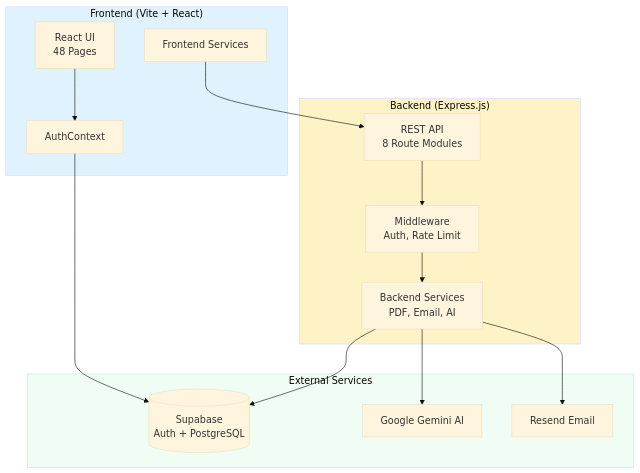
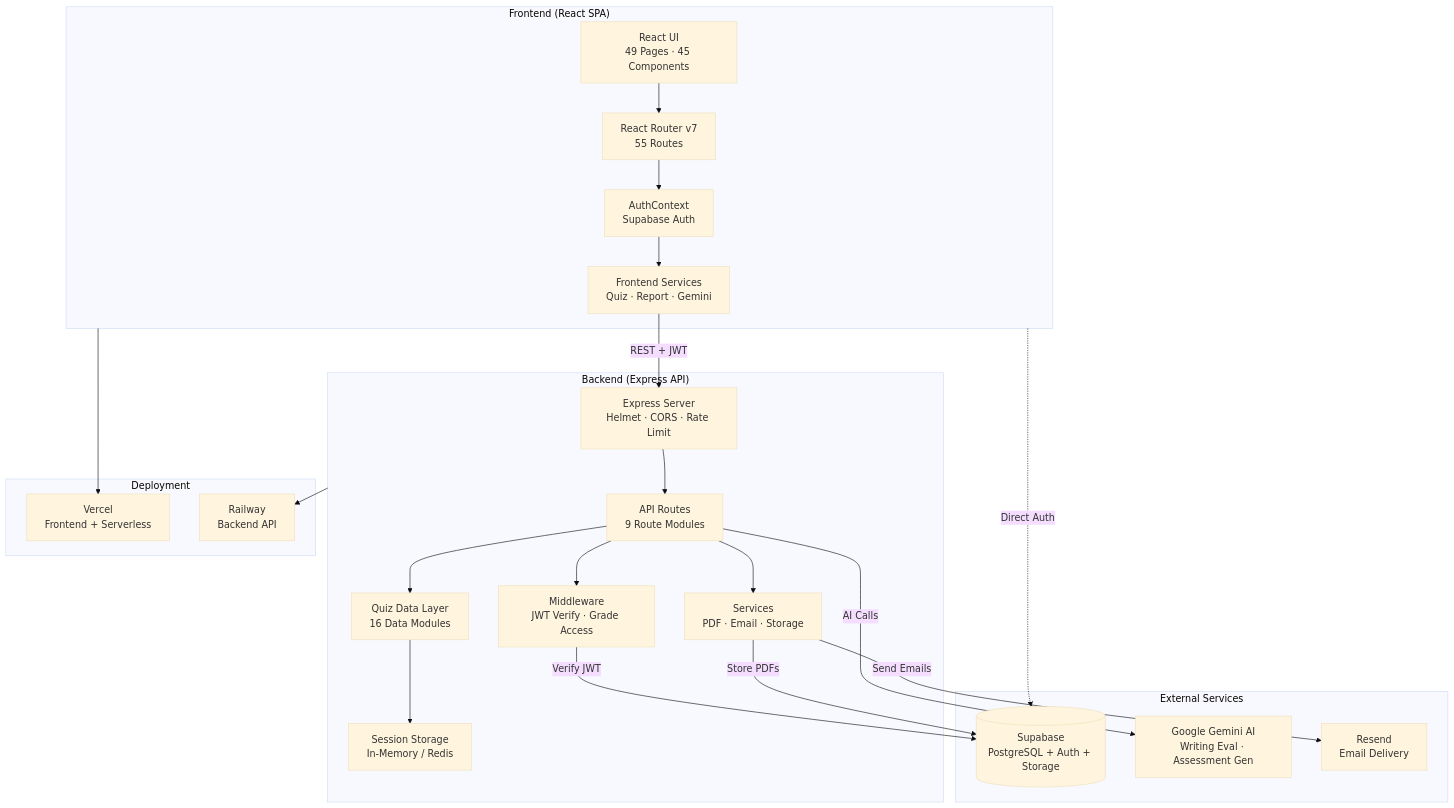
One commit to em-air/holistic-assessment-tool changed the first of 13 diagrams in OVERVIEW.md. Above: the diagram before and after it, drawn with Mermaid (base theme). The commit also changed other lines of this file and 1 other file, not shown here.

````diff
--- a/OVERVIEW.md
+++ b/OVERVIEW.md
@@ -39,33 +33,46 @@
 ```mermaid
 graph TB
-    subgraph Client["Frontend (Vite + React)"]
-        UI[React UI<br/>48 Pages]
-        Auth[AuthContext]
-        Services[Frontend Services]
+    subgraph Client["Frontend (React SPA)"]
+        UI[React UI<br/>49 Pages · 45 Components]
+        Router[React Router v7<br/>55 Routes]
+        Auth[AuthContext<br/>Supabase Auth]
+        Services[Frontend Services<br/>Quiz · Report · Gemini]
     end
-    
-    subgraph Server["Backend (Express.js)"]
-        API[REST API<br/>8 Route Modules]
-        MW[Middleware<br/>Auth, Rate Limit]
-        SVC[Backend Services<br/>PDF, Email, AI]
+
+    subgraph Backend["Backend (Express API)"]
+        API[Express Server<br/>Helmet · CORS · Rate Limit]
+        Routes[API Routes<br/>9 Route Modules]
+        MW[Middleware<br/>JWT Verify · Grade Access]
+        BServices[Services<br/>PDF · Email · Storage]
+        Data[Quiz Data Layer<br/>16 Data Modules]
+        Session[Session Storage<br/>In-Memory / Redis]
     end
-    
+
     subgraph External["External Services"]
-        SB[(Supabase<br/>Auth + PostgreSQL)]
-        Gemini[Google Gemini AI]
-        Resend[Resend Email]
+        Supabase[(Supabase<br/>PostgreSQL + Auth + Storage)]
+        Gemini[Google Gemini AI<br/>Writing Eval · Assessment Gen]
+        Resend[Resend<br/>Email Delivery]
     end
-    
-    UI --> Auth
-    Auth --> SB
-    Services --> API
-    API --> MW
-    MW --> SVC
-    SVC --> SB
-    SVC --> Gemini
-    SVC --> Resend
-    
-    style Client fill:#e0f2fe
-    style Server fill:#fef3c7
-    style External fill:#f0fdf4
+
+    subgraph Deploy["Deployment"]
+        Vercel[Vercel<br/>Frontend + Serverless]
+        Railway[Railway<br/>Backend API]
+    end
+
+    UI --> Router
+    Router --> Auth
+    Auth --> Services
+    Services -->|REST + JWT| API
+    API --> Routes
+    Routes --> MW
+    Routes --> BServices
+    Routes --> Data
+    Data --> Session
+    MW -->|Verify JWT| Supabase
+    BServices -->|Store PDFs| Supabase
+    BServices -->|Send Emails| Resend
+    Routes -->|AI Calls| Gemini
+    Client -.->|Direct Auth| Supabase
+    Client --> Vercel
+    Backend --> Railway
 ```
````
